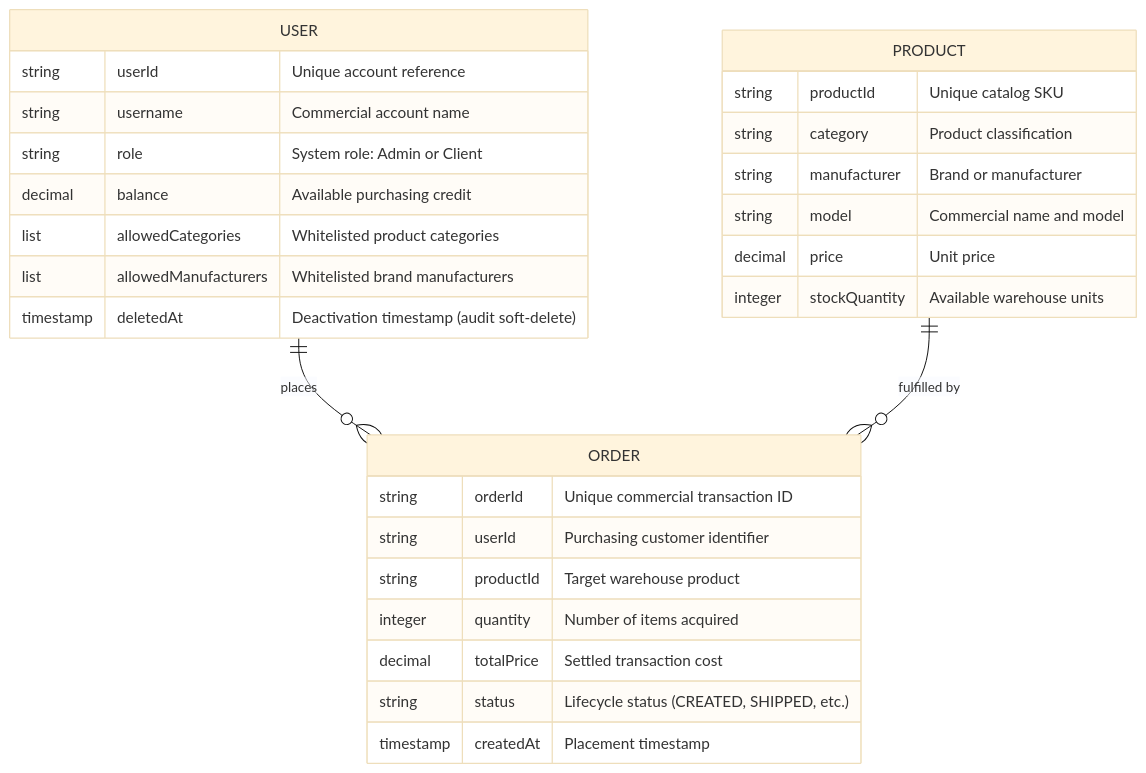
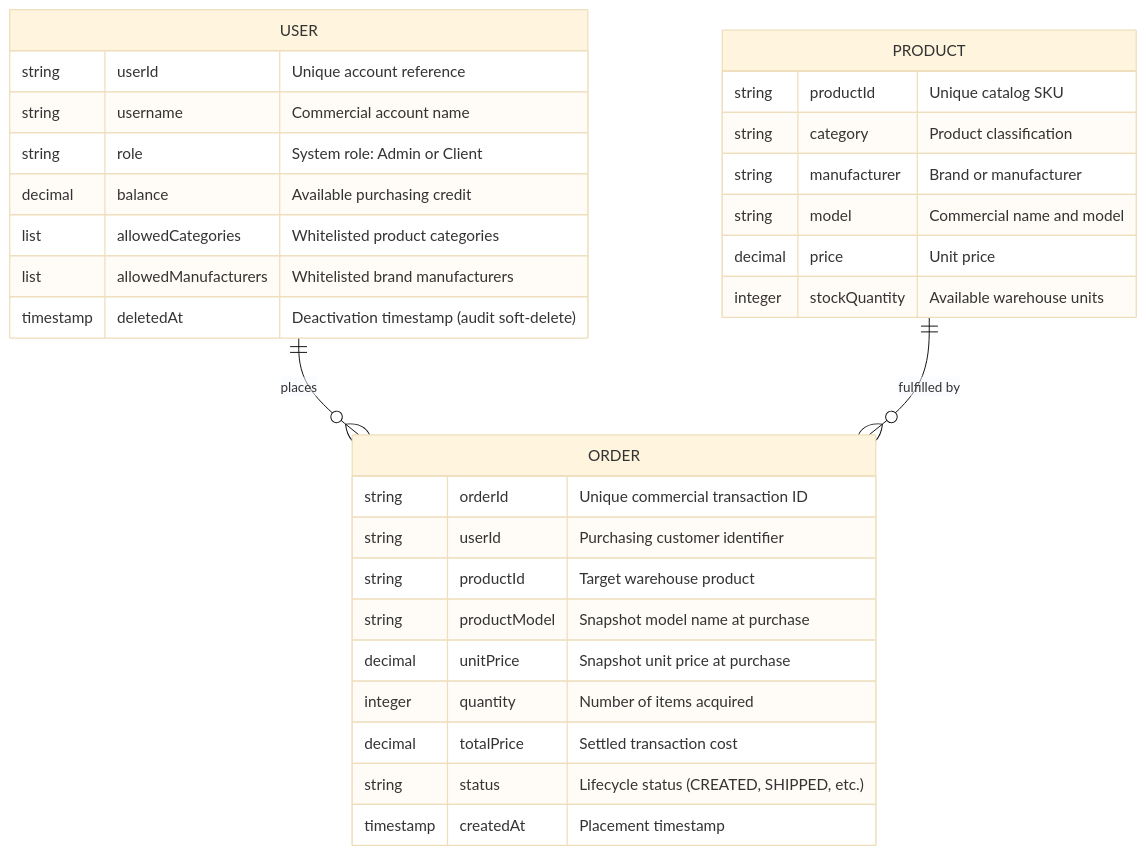
One commit to altregubov/warehouse-rest-test-app changed the second of 4 diagrams in specs/CLIENT_SPEC.md. Above: the diagram before and after it, drawn with Mermaid (base theme). The commit also changed other lines of this file and 6 other files, not shown here.

First line of the commit message:
fix: store historical product model and unit price snapshots in orders table

````diff
--- a/specs/CLIENT_SPEC.md
+++ b/specs/CLIENT_SPEC.md
@@ -87,34 +87,36 @@
 ```mermaid
 erDiagram
     USER ||--o{ ORDER : "places"
     PRODUCT ||--o{ ORDER : "fulfilled by"
 
     USER {
         string userId "Unique account reference"
         string username "Commercial account name"
         string role "System role: Admin or Client"
         decimal balance "Available purchasing credit"
         list allowedCategories "Whitelisted product categories"
         list allowedManufacturers "Whitelisted brand manufacturers"
         timestamp deletedAt "Deactivation timestamp (audit soft-delete)"
     }
 
     PRODUCT {
         string productId "Unique catalog SKU"
         string category "Product classification"
         string manufacturer "Brand or manufacturer"
         string model "Commercial name and model"
         decimal price "Unit price"
         integer stockQuantity "Available warehouse units"
     }
 
     ORDER {
         string orderId "Unique commercial transaction ID"
         string userId "Purchasing customer identifier"
         string productId "Target warehouse product"
+        string productModel "Snapshot model name at purchase"
+        decimal unitPrice "Snapshot unit price at purchase"
         integer quantity "Number of items acquired"
         decimal totalPrice "Settled transaction cost"
         string status "Lifecycle status (CREATED, SHIPPED, etc.)"
         timestamp createdAt "Placement timestamp"
     }
 ```
````
